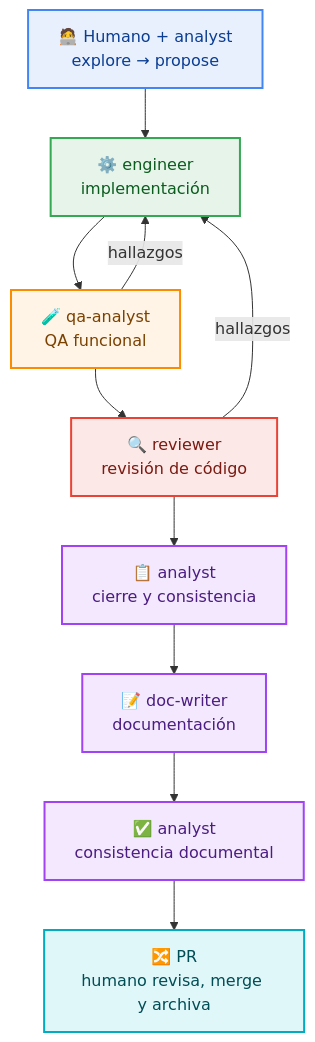
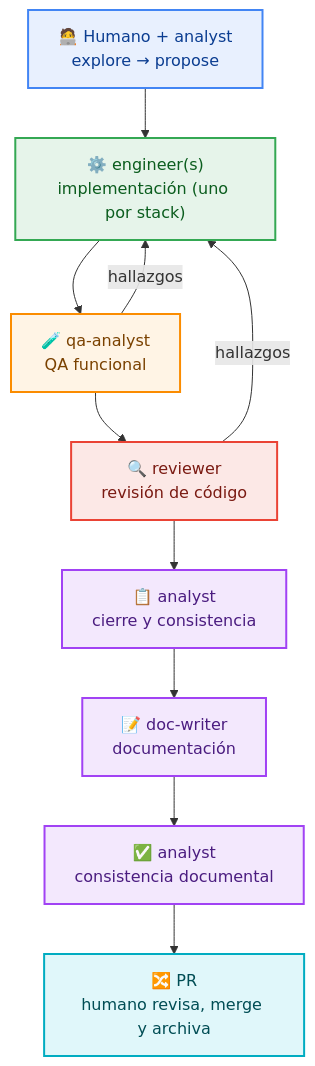
One commit to cedaniel200/atlas-template changed the diagram in docs/README.md. Above: the diagram before and after it, drawn with Mermaid. The commit also changed other lines of this file, not shown here.

````diff
--- a/docs/README.md
+++ b/docs/README.md
@@ -36,23 +36,23 @@
 ```mermaid
 flowchart TD
     H["🧑‍💻 Humano + analyst<br/>explore → propose"]:::human
-    E["⚙️ engineer<br/>implementación"]:::impl
+    E["⚙️ engineer(s)<br/>implementación (uno por stack)"]:::impl
     Q["🧪 qa-analyst<br/>QA funcional"]:::qa
     R["🔍 reviewer<br/>revisión de código"]:::review
     C["📋 analyst<br/>cierre y consistencia"]:::doc
     D["📝 doc-writer<br/>documentación"]:::doc
     V["✅ analyst<br/>consistencia documental"]:::doc
     P["🔀 PR<br/>humano revisa, merge y archiva"]:::pr
 
     H --> E --> Q --> R
     Q -->|hallazgos| E
     R -->|hallazgos| E
     R --> C --> D --> V --> P
 
     classDef human fill:#E8F0FE,stroke:#4285F4,stroke-width:2px,color:#0B3D91
     classDef impl fill:#E6F4EA,stroke:#34A853,stroke-width:2px,color:#0B5D1E
     classDef qa fill:#FFF4E5,stroke:#FB8C00,stroke-width:2px,color:#7A4100
     classDef review fill:#FCE8E6,stroke:#EA4335,stroke-width:2px,color:#7A1A12
     classDef doc fill:#F3E8FD,stroke:#A142F4,stroke-width:2px,color:#4B1D80
     classDef pr fill:#E0F7FA,stroke:#00ACC1,stroke-width:2px,color:#004D54
 ```
````
